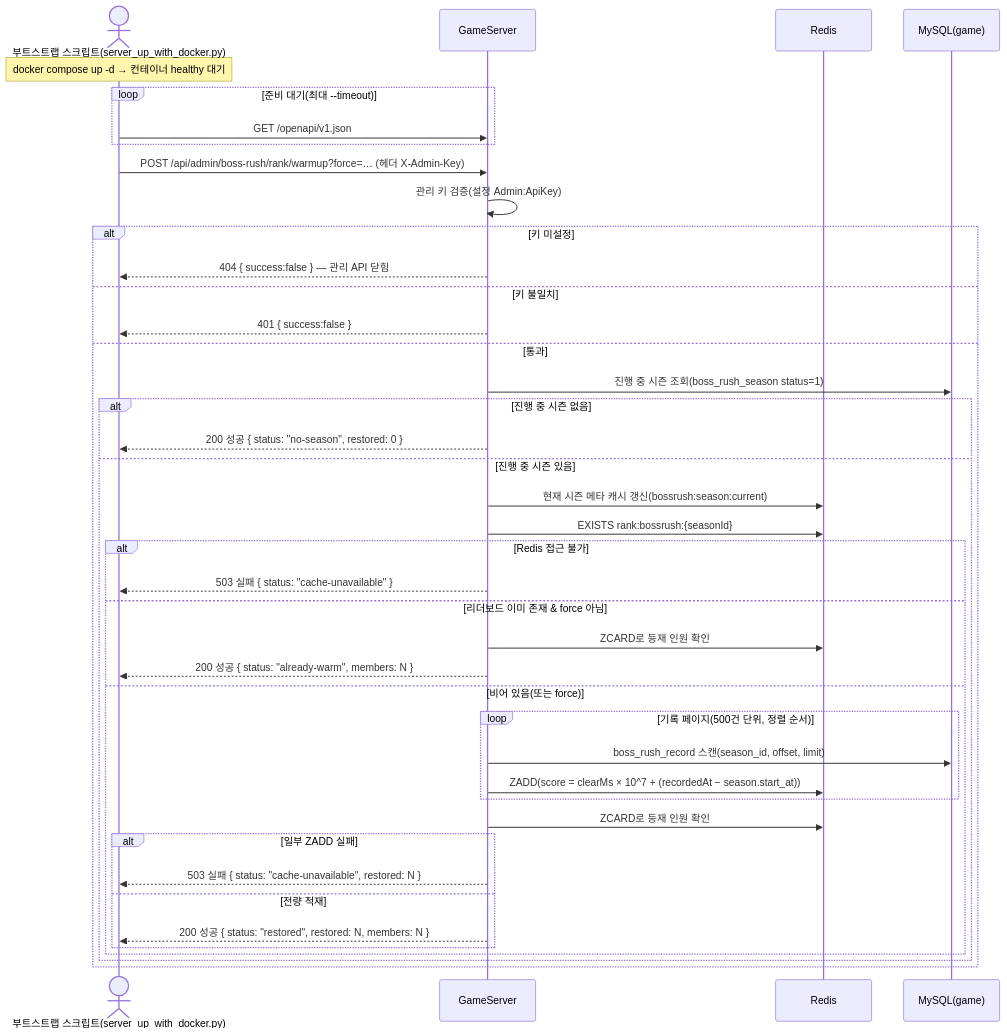
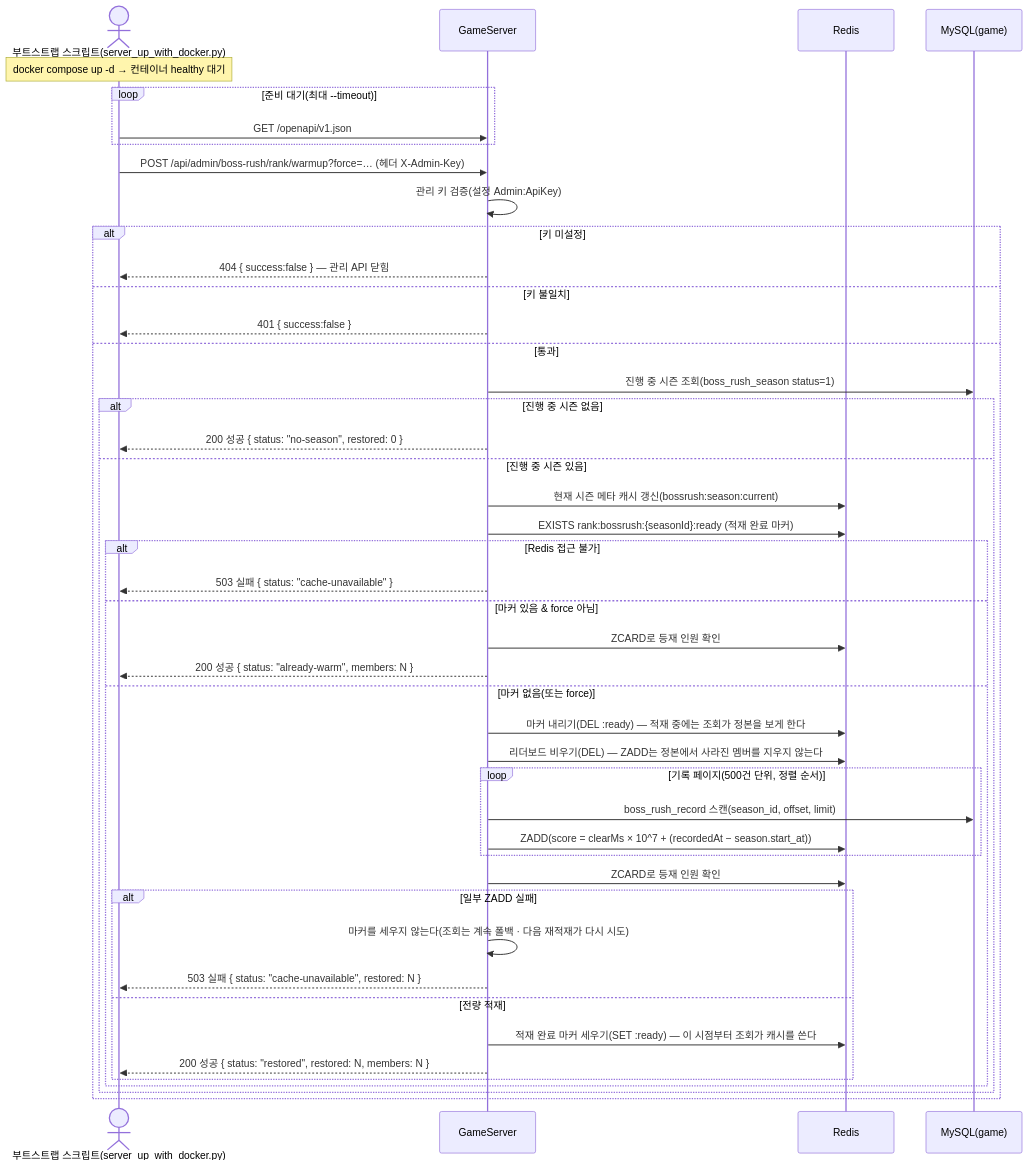
Before and after one commit to ks-wook/com2us-taskbar-hero: diagram 47 of 48 in SequenceDiagram/README.md, drawn with Mermaid. The commit also changed other lines of this file and 11 other files, not shown here.

````diff
--- a/SequenceDiagram/README.md
+++ b/SequenceDiagram/README.md
@@ -1540,44 +1556,48 @@
 ```mermaid
 sequenceDiagram
     actor T as 부트스트랩 스크립트(server_up_with_docker.py)
     participant S as GameServer
     participant R as Redis
     participant DB as MySQL(game)
 
     Note over T: docker compose up -d → 컨테이너 healthy 대기
     loop 준비 대기(최대 --timeout)
         T->>S: GET /openapi/v1.json
     end
     T->>S: POST /api/admin/boss-rush/rank/warmup?force=… (헤더 X-Admin-Key)
     S->>S: 관리 키 검증(설정 Admin:ApiKey)
     alt 키 미설정
         S-->>T: 404 { success:false } — 관리 API 닫힘
     else 키 불일치
         S-->>T: 401 { success:false }
     else 통과
         S->>DB: 진행 중 시즌 조회(boss_rush_season status=1)
         alt 진행 중 시즌 없음
             S-->>T: 200 성공 { status: "no-season", restored: 0 }
         else 진행 중 시즌 있음
             S->>R: 현재 시즌 메타 캐시 갱신(bossrush:season:current)
-            S->>R: EXISTS rank:bossrush:{seasonId}
+            S->>R: EXISTS rank:bossrush:{seasonId}:ready (적재 완료 마커)
             alt Redis 접근 불가
                 S-->>T: 503 실패 { status: "cache-unavailable" }
-            else 리더보드 이미 존재 & force 아님
+            else 마커 있음 & force 아님
                 S->>R: ZCARD로 등재 인원 확인
                 S-->>T: 200 성공 { status: "already-warm", members: N }
-            else 비어 있음(또는 force)
+            else 마커 없음(또는 force)
+                S->>R: 마커 내리기(DEL :ready) — 적재 중에는 조회가 정본을 보게 한다
+                S->>R: 리더보드 비우기(DEL) — ZADD는 정본에서 사라진 멤버를 지우지 않는다
                 loop 기록 페이지(500건 단위, 정렬 순서)
                     S->>DB: boss_rush_record 스캔(season_id, offset, limit)
                     S->>R: ZADD(score = clearMs × 10^7 + (recordedAt − season.start_at))
                 end
                 S->>R: ZCARD로 등재 인원 확인
                 alt 일부 ZADD 실패
+                    S->>S: 마커를 세우지 않는다(조회는 계속 폴백 · 다음 재적재가 다시 시도)
                     S-->>T: 503 실패 { status: "cache-unavailable", restored: N }
                 else 전량 적재
+                    S->>R: 적재 완료 마커 세우기(SET :ready) — 이 시점부터 조회가 캐시를 쓴다
                     S-->>T: 200 성공 { status: "restored", restored: N, members: N }
                 end
             end
         end
     end
 ```
````
